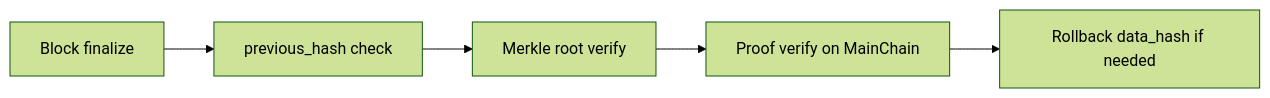
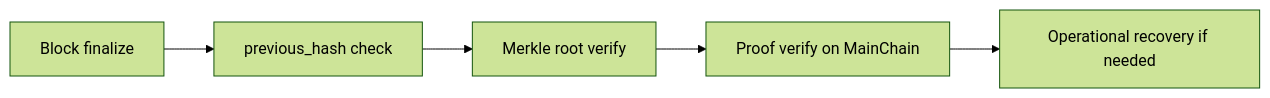
Before and after one commit to VanDung-dev/HieraChain: the diagram in docs/en/security/fault-tolerance-integrity.md, drawn with Mermaid (forest theme). The commit also changed other lines of this file and 18 other files, not shown here.

First line of the commit message:
docs: update documentation to align with removal of rollback, recovery, and caching utilities

````diff
--- a/docs/en/security/fault-tolerance-integrity.md
+++ b/docs/en/security/fault-tolerance-integrity.md
@@ -25,7 +25,7 @@
 ```mermaid
 graph LR
     A[Block finalize] --> B[previous_hash check]
     B --> C[Merkle root verify]
     C --> D[Proof verify on MainChain]
-    D --> E[Rollback data_hash if needed]
+    D --> E[Operational recovery if needed]
 ```
````
